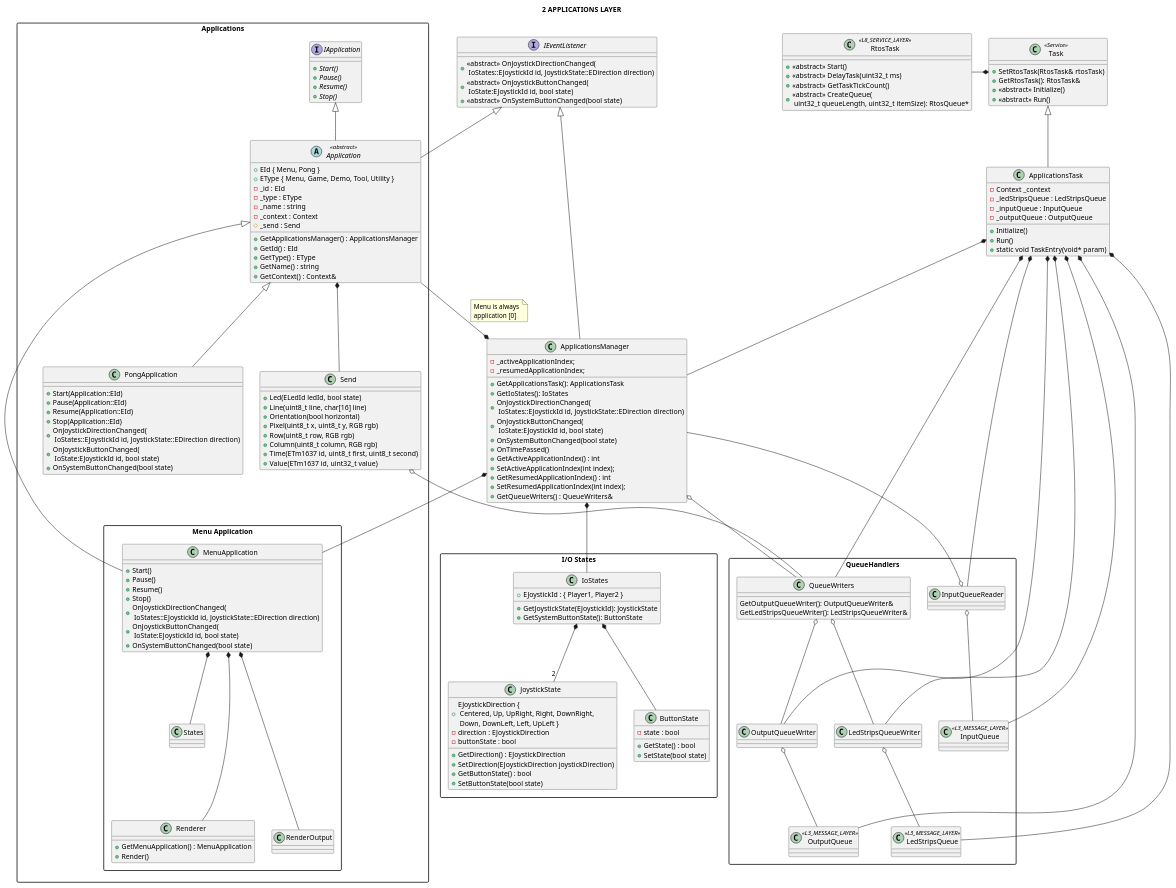
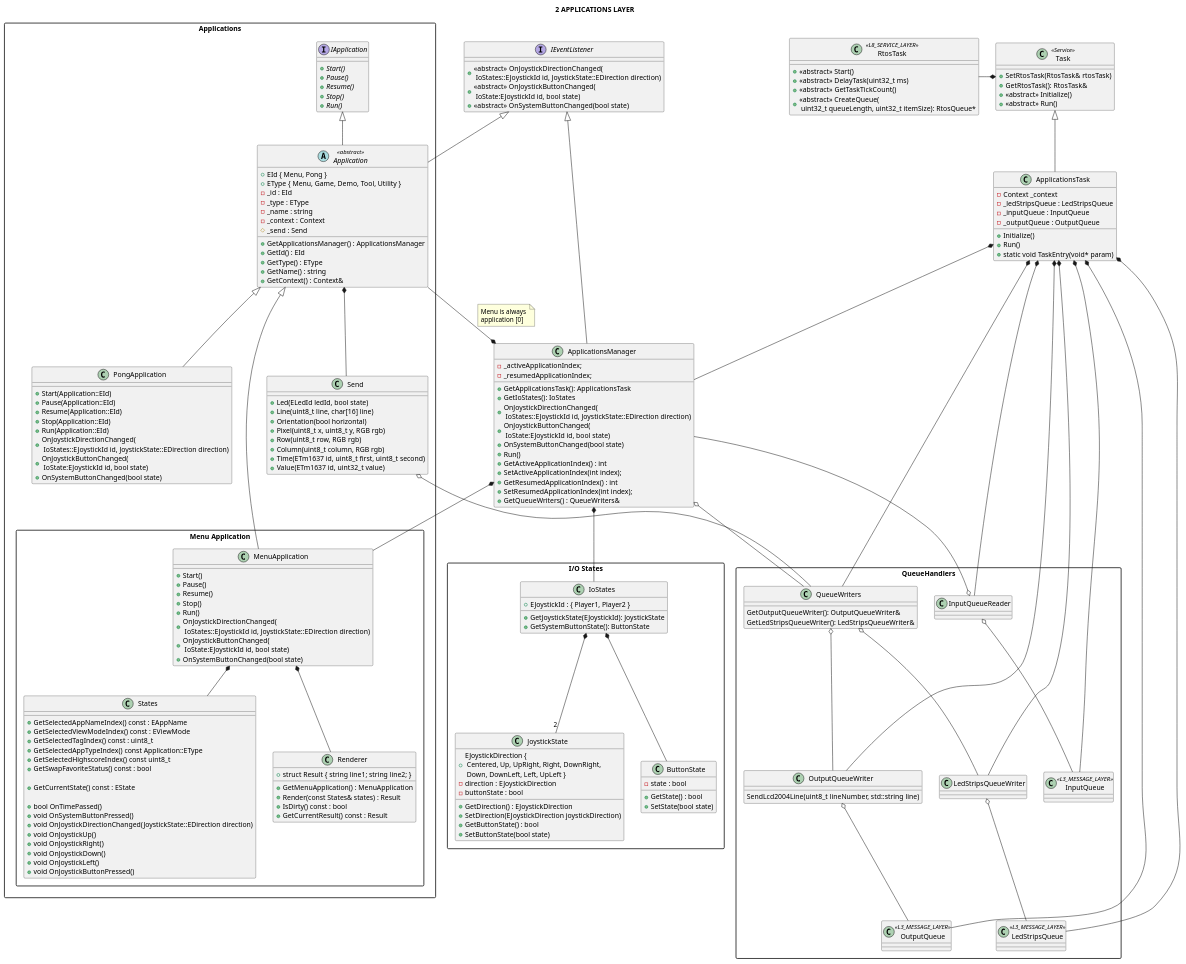
One commit to michelkeijzers/fraxis changed the diagram in Docs/Software Design/Layers/L2_applications_layer.puml. Above: the diagram before and after it, drawn with PlantUML. The commit also changed 15 other files, not shown here.

```diff
--- a/Docs/Software Design/Layers/L2_applications_layer.puml
+++ b/Docs/Software Design/Layers/L2_applications_layer.puml
@@ -50,7 +50,7 @@
     + OnJoystickDirectionChanged(\n IoStates::EJoystickId id, JoystickState::EDirection direction)
     + OnJoystickButtonChanged(\n IoState:EJoystickId id, bool state)
     + OnSystemButtonChanged(bool state)
-    + OnTimePassed()
+    + Run()
     + GetActiveApplicationIndex() : int
     + SetActiveApplicationIndex(int index);
     + GetResumedApplicationIndex() : int
@@ -79,7 +79,7 @@
 
     class OutputQueueWriter
     {
-
+        SendLcd2004Line(uint8_t lineNumber, std::string line)
     }
 
     class LedStripsQueueWriter
@@ -157,6 +157,7 @@
         + {abstract} Pause()
         + {abstract} Resume()
         + {abstract} Stop()
+        + {abstract} Run()
     }
 
     abstract class Application <<abstract>>
@@ -205,6 +206,7 @@
             + Pause()
             + Resume()
             + Stop()
+            + Run()
                 
             + OnJoystickDirectionChanged(\n IoStates::EJoystickId id, JoystickState::EDirection direction)
             + OnJoystickButtonChanged(\n IoState:EJoystickId id, bool state)
@@ -213,18 +215,36 @@
 
         class States
         {
+            + GetSelectedAppNameIndex() const : EAppName 
+            + GetSelectedViewModeIndex() const : EViewMode 
+            + GetSelectedTagIndex() const : uint8_t
+            + GetSelectedAppTypeIndex() const Application::EType
+            + GetSelectedHighscoreIndex() const uint8_t
+            + GetSwapFavoriteStatus() const : bool
 
+            + GetCurrentState() const : EState
+            
+            + bool OnTimePassed()
+            + void OnSystemButtonPressed()
+            + void OnJoystickDirectionChanged(JoystickState::EDirection direction)
+            + void OnJoystickUp()
+            + void OnJoystickRight()
+            + void OnJoystickDown()
+            + void OnJoystickLeft()
+            + void OnJoystickButtonPressed()
         }
 
         class Renderer 
         {
+            + struct Result { string line1; string line2; }
             + GetMenuApplication() : MenuApplication
-            + Render()
+            + Render(const States& states) : Result
+            + IsDirty() const : bool
+            + GetCurrentResult() const : Result
         }
 
         MenuApplication *-- States
-        MenuApplication *--- Renderer
-        MenuApplication *--- RenderOutput
+        MenuApplication *-- Renderer
     }        
 
     class PongApplication 
@@ -233,6 +253,7 @@
         + Pause(Application::EId)
         + Resume(Application::EId)
         + Stop(Application::EId)
+        + Run(Application::EId)
         + OnJoystickDirectionChanged(\n IoStates::EJoystickId id, JoystickState::EDirection direction)
         + OnJoystickButtonChanged(\n IoState:EJoystickId id, bool state)
         + OnSystemButtonChanged(bool state)
```
